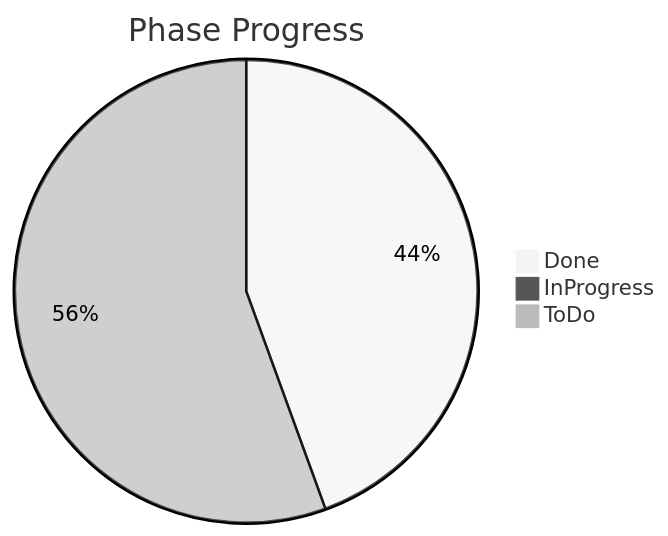
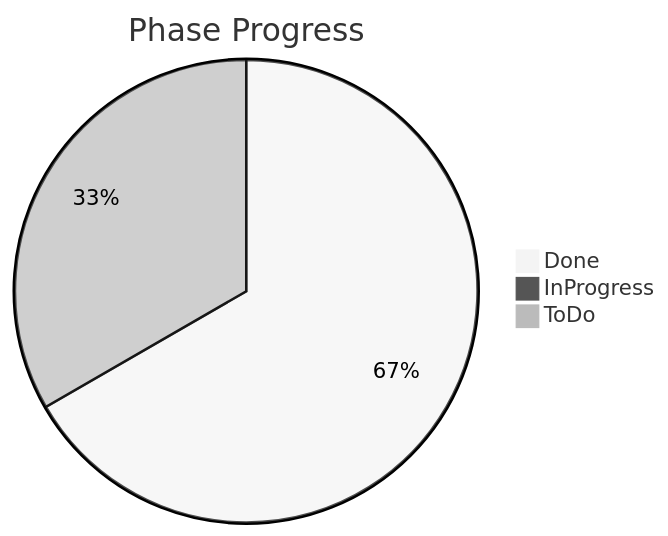
One commit to tdutra-dev/intralogistics-orchestrator changed the second of 3 diagrams in README.md. Above: the diagram before and after it, drawn with Mermaid (neutral theme). The commit also changed other lines of this file and 4 other files, not shown here.

````diff
--- a/README.md
+++ b/README.md
@@ -76,6 +76,6 @@
 ```mermaid
 pie title Phase Progress
-   "Done" : 4
+   "Done" : 6
    "InProgress" : 0
-   "ToDo" : 5
+   "ToDo" : 3
 ```
````
